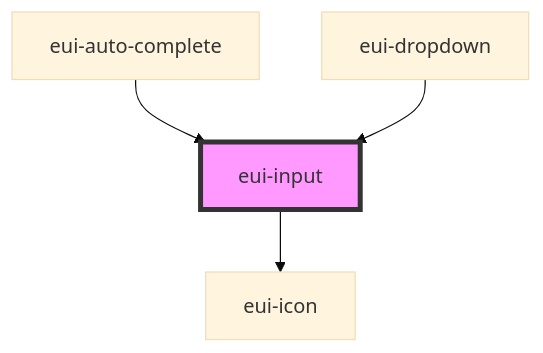
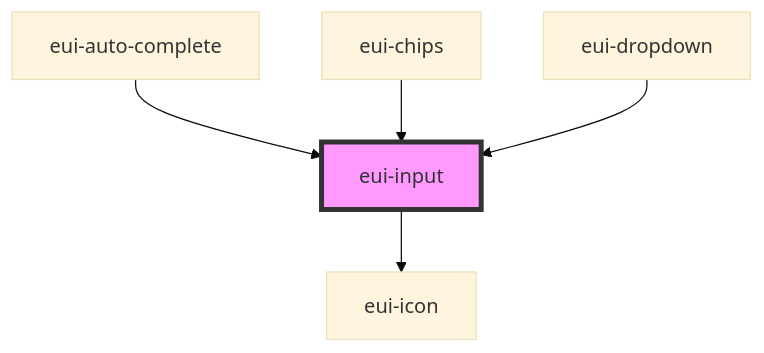
Before and after one commit to pnd-amirhosein/U_and_I: the diagram in ensemble-ui/src/components/input/readme.md, drawn with Mermaid (base theme). The commit also changed other lines of this file and 14 other files, not shown here.

````diff
--- a/ensemble-ui/src/components/input/readme.md
+++ b/ensemble-ui/src/components/input/readme.md
@@ -43,7 +45,8 @@
 ```mermaid
 graph TD;
   eui-input --> eui-icon
   eui-auto-complete --> eui-input
+  eui-chips --> eui-input
   eui-dropdown --> eui-input
   style eui-input fill:#f9f,stroke:#333,stroke-width:4px
 ```
````
